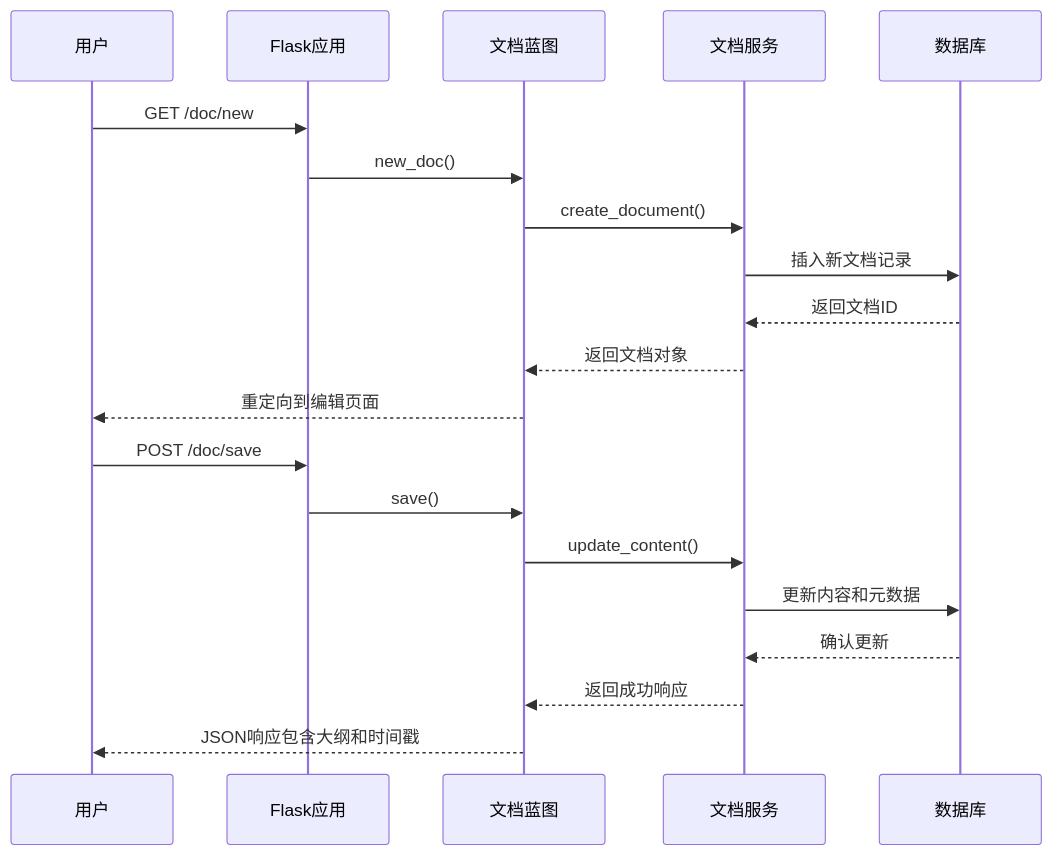
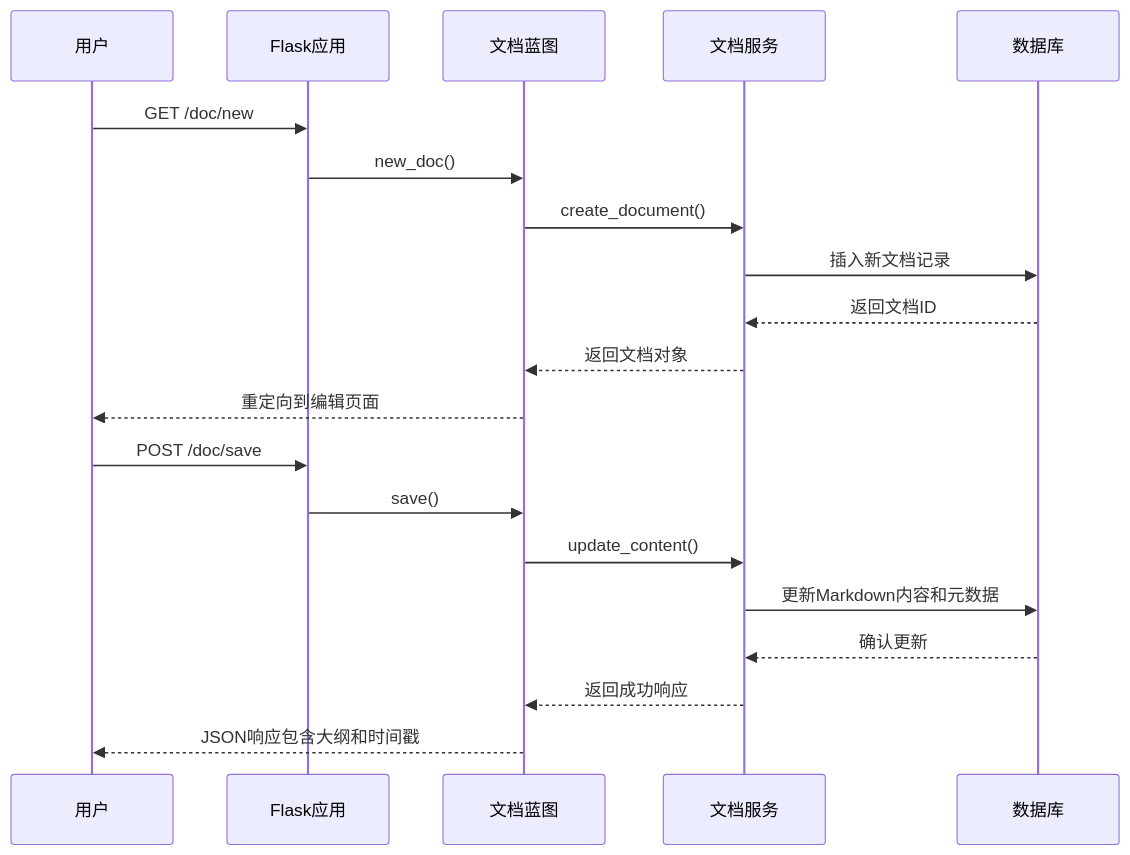
The fifth of 16 diagrams in .qoder/repowiki/zh/content/架构设计/蓝图系统设计/文档蓝图 (Document Blueprint).md (beyondalbert/my_wiki), drawn with Mermaid before and after one commit. The commit also changed other lines of this file and 9 other files, not shown here.

````diff
--- a/.qoder/repowiki/zh/content/架构设计/蓝图系统设计/文档蓝图 (Document Blueprint).md
+++ b/.qoder/repowiki/zh/content/架构设计/蓝图系统设计/文档蓝图 (Document Blueprint).md
@@ -235,22 +242,22 @@
 ```mermaid
 sequenceDiagram
 participant U as 用户
 participant A as Flask应用
 participant B as 文档蓝图
 participant S as 文档服务
 participant DB as 数据库
 U->>A : GET /doc/new
 A->>B : new_doc()
 B->>S : create_document()
 S->>DB : 插入新文档记录
 DB-->>S : 返回文档ID
 S-->>B : 返回文档对象
 B-->>U : 重定向到编辑页面
 U->>A : POST /doc/save
 A->>B : save()
 B->>S : update_content()
-S->>DB : 更新内容和元数据
+S->>DB : 更新Markdown内容和元数据
 DB-->>S : 确认更新
 S-->>B : 返回成功响应
 B-->>U : JSON响应包含大纲和时间戳
 ```
````
